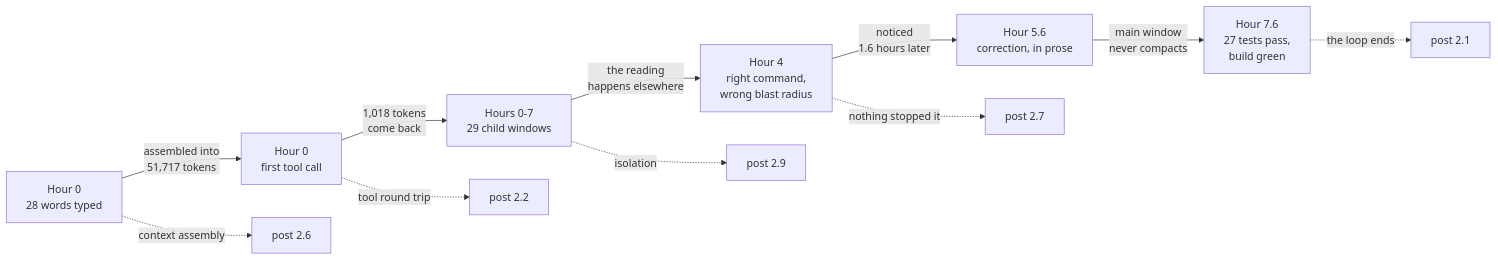
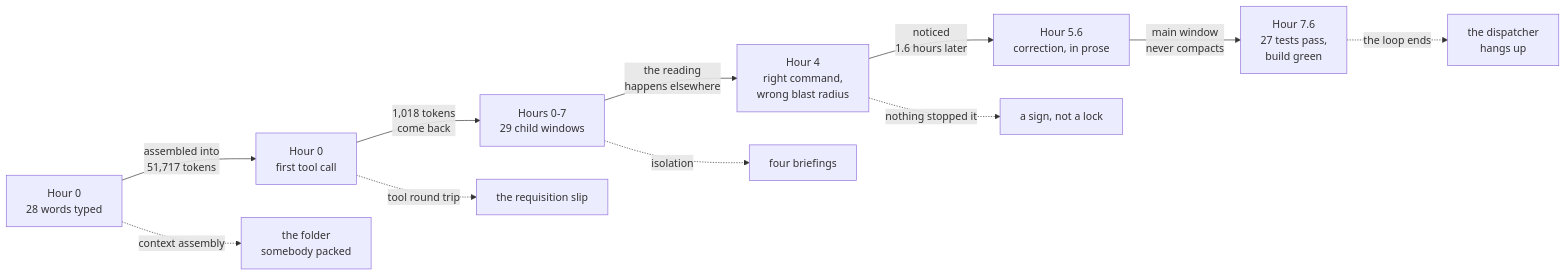
One commit to riddam/riddam.github.io changed the first of 2 diagrams in src/content/engineering/the-whole-thing-annotated.md. Above: the diagram before and after it, drawn with Mermaid. The commit also changed other lines of this file and 9 other files, not shown here.

````diff
--- a/src/content/engineering/the-whole-thing-annotated.md
+++ b/src/content/engineering/the-whole-thing-annotated.md
@@ -509,13 +536,13 @@
 ```mermaid
 flowchart LR
   T1["Hour 0<br/>28 words typed"] -- "assembled into<br/>51,717 tokens" --> T2["Hour 0<br/>first tool call"]
   T2 -- "1,018 tokens<br/>come back" --> T3["Hours 0-7<br/>29 child windows"]
   T3 -- "the reading<br/>happens elsewhere" --> T4["Hour 4<br/>right command,<br/>wrong blast radius"]
   T4 -- "noticed<br/>1.6 hours later" --> T5["Hour 5.6<br/>correction, in prose"]
   T5 -- "main window<br/>never compacts" --> T6["Hour 7.6<br/>27 tests pass,<br/>build green"]
-  T1 -. "context assembly" .-> N1["post 2.6"]
-  T2 -. "tool round trip" .-> N2["post 2.2"]
-  T3 -. "isolation" .-> N5["post 2.9"]
-  T4 -. "nothing stopped it" .-> N3["post 2.7"]
-  T6 -. "the loop ends" .-> N4["post 2.1"]
+  T1 -. "context assembly" .-> N1["the folder<br/>somebody packed"]
+  T2 -. "tool round trip" .-> N2["the requisition slip"]
+  T3 -. "isolation" .-> N5["four briefings"]
+  T4 -. "nothing stopped it" .-> N3["a sign, not a lock"]
+  T6 -. "the loop ends" .-> N4["the dispatcher<br/>hangs up"]
 ```
````
